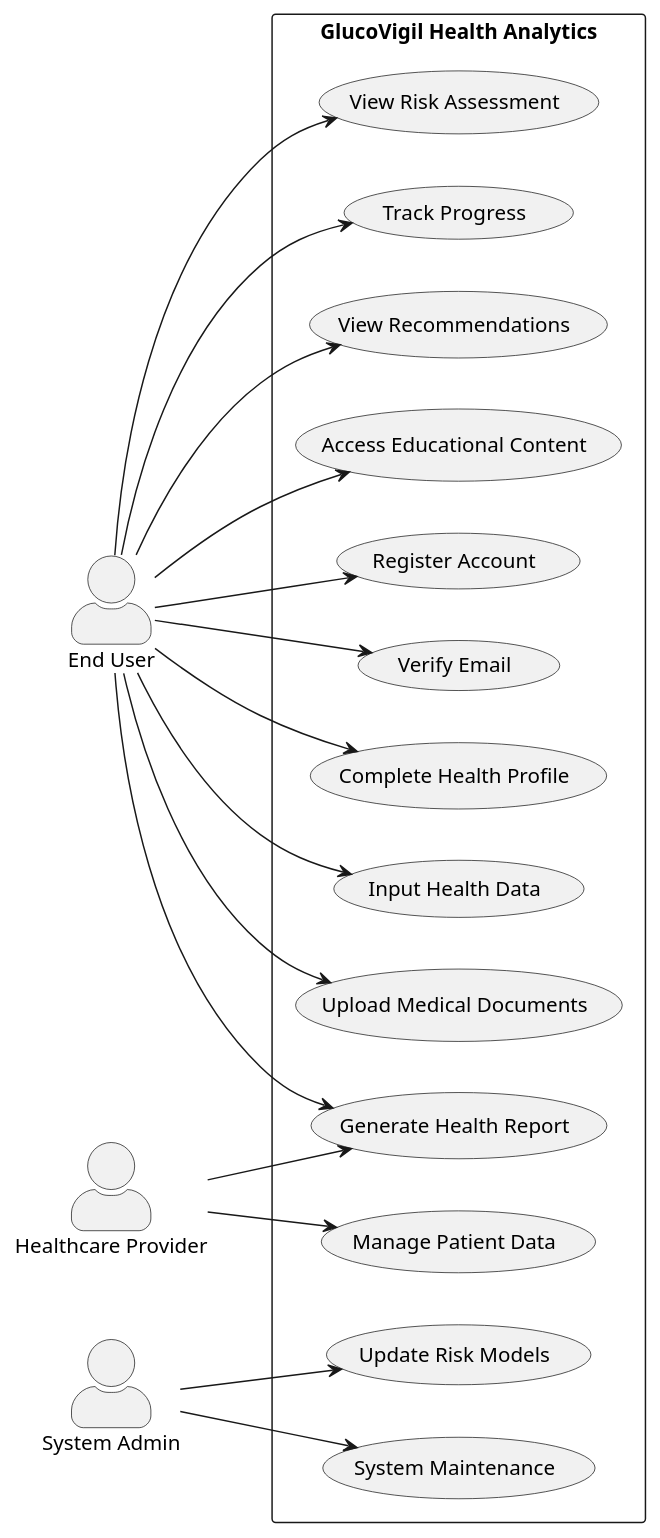
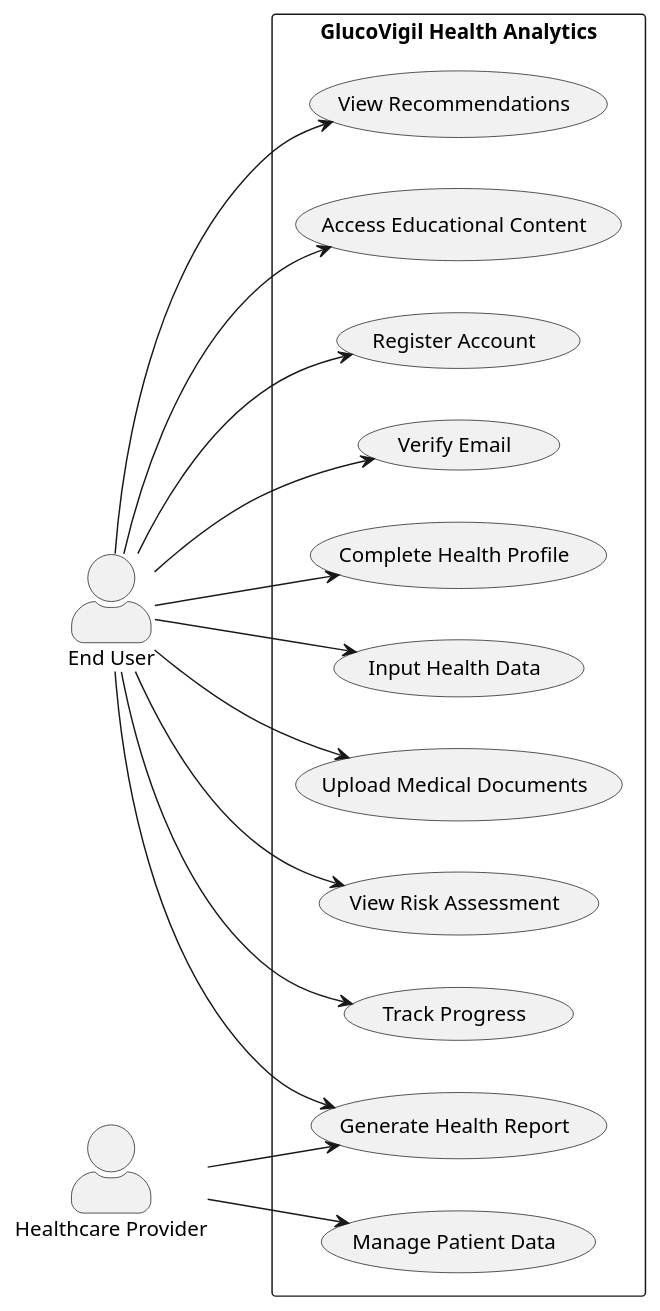
One commit to PatnalaMadhuShalini/glucovigil changed the first of 3 diagrams in docs/diagrams/glucovigil_comprehensive.puml. Above: the diagram before and after it, drawn with PlantUML. The commit also changed 1 other file, not shown here.

Commit message:
Checkpoint before assistant change: Update GlucoVigil UML diagram: remove admin use cases.
Replit-Commit-Author: Assistant

```diff
--- a/docs/diagrams/glucovigil_comprehensive.puml
+++ b/docs/diagrams/glucovigil_comprehensive.puml
@@ -2,40 +2,35 @@
 @startuml Use Case Diagram
 left to right direction
 skinparam actorStyle awesome
 
 actor "End User" as user
 actor "Healthcare Provider" as doctor
-actor "System Admin" as admin
 
 rectangle "GlucoVigil Health Analytics" {
   usecase "Register Account" as UC1
   usecase "Verify Email" as UC2
   usecase "Complete Health Profile" as UC3
   usecase "Input Health Data" as UC4
   usecase "Upload Medical Documents" as UC5
   usecase "View Risk Assessment" as UC6
   usecase "Track Progress" as UC7
   usecase "Generate Health Report" as UC8
   usecase "View Recommendations" as UC9
   usecase "Access Educational Content" as UC10
   usecase "Manage Patient Data" as UC11
-  usecase "System Maintenance" as UC12
-  usecase "Update Risk Models" as UC13
 }
 
 user --> UC1
 user --> UC2
 user --> UC3
 user --> UC4
 user --> UC5
 user --> UC6
 user --> UC7
 user --> UC8
 user --> UC9
 user --> UC10
 doctor --> UC11
 doctor --> UC8
-admin --> UC12
-admin --> UC13
 
 @enduml
```
